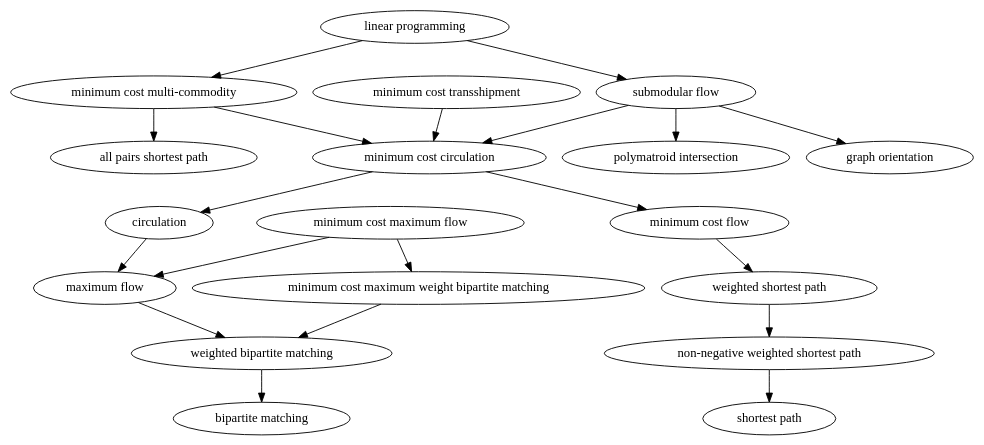
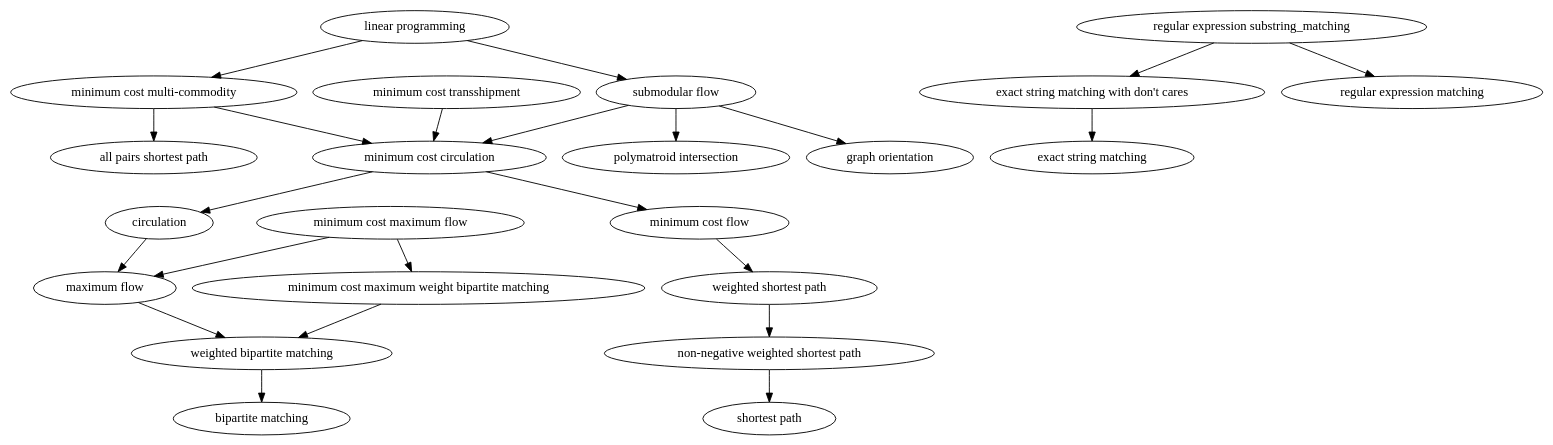
The diagram in relation.dot (chaoxu/problems), drawn with Graphviz before and after one commit. The commit also changed 8 other files, not shown here.

```diff
--- a/relation.dot
+++ b/relation.dot
@@ -1,41 +1,50 @@
 digraph {
+  // optimization problems
   min_cost_multi_commodity_circulation [label="minimum cost multi-commodity"];
   min_cost_circulation [label="minimum cost circulation"];
   circulation [label="circulation"];
   max_flow [label="maximum flow"];
   weighted_bipartite_matching [label="weighted bipartite matching"];
   bipartite_matching [label="bipartite matching"];
   min_cost_max_flow [label="minimum cost maximum flow"];
   shortest_path_nonneg_weight [label="non-negative weighted shortest path"]
   shortest_path_weight [label="weighted shortest path"];
   shortest_path [label="shortest path"];
   min_cost_max_bipartite_matching [label="minimum cost maximum weight bipartite matching"];
   submodular_flow [label="submodular flow"];
   polymatroid_intersection [label="polymatroid intersection"];
   linear_programming [label="linear programming"];
   graph_orientation [label="graph orientation"];
   all_pairs_shortest_path [label="all pairs shortest path"];
   min_cost_flow [label="minimum cost flow"];
   min_cost_trans [label="minimum cost transshipment"];
 
   min_cost_trans -> min_cost_circulation
   min_cost_multi_commodity_circulation -> min_cost_circulation
   min_cost_multi_commodity_circulation -> all_pairs_shortest_path
   min_cost_circulation -> circulation
   circulation -> max_flow
   max_flow -> weighted_bipartite_matching
   weighted_bipartite_matching -> bipartite_matching
   min_cost_max_flow -> max_flow;
   min_cost_max_flow -> min_cost_max_bipartite_matching;
   min_cost_max_bipartite_matching -> weighted_bipartite_matching;
   min_cost_circulation -> min_cost_flow;
   min_cost_flow -> shortest_path_weight;
   submodular_flow -> min_cost_circulation;
   submodular_flow -> polymatroid_intersection;
   linear_programming -> submodular_flow;
   linear_programming -> min_cost_multi_commodity_circulation;
   submodular_flow -> graph_orientation;
-  
   shortest_path_weight -> shortest_path_nonneg_weight;
   shortest_path_nonneg_weight -> shortest_path;
+
+  // String matching problems
+  exact_string_matching [label="exact string matching"];
+  exact_string_matching_with_dont_cares [label="exact string matching with don't cares"];
+  regular_expression_matching [label="regular expression matching"];
+  regular_expression_substring_matching [label="regular expression substring_matching"];
+  regular_expression_substring_matching -> exact_string_matching_with_dont_cares;
+  regular_expression_substring_matching -> regular_expression_matching;
+  exact_string_matching_with_dont_cares -> exact_string_matching;
 }
```
